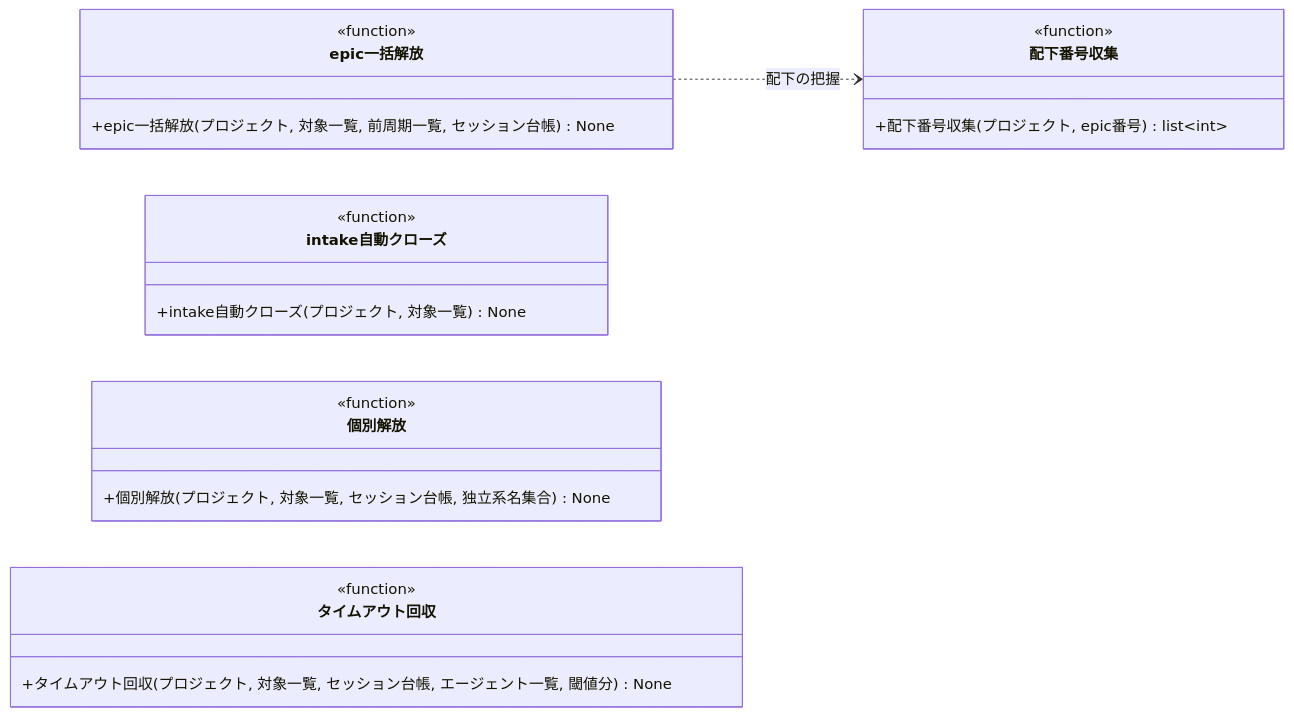
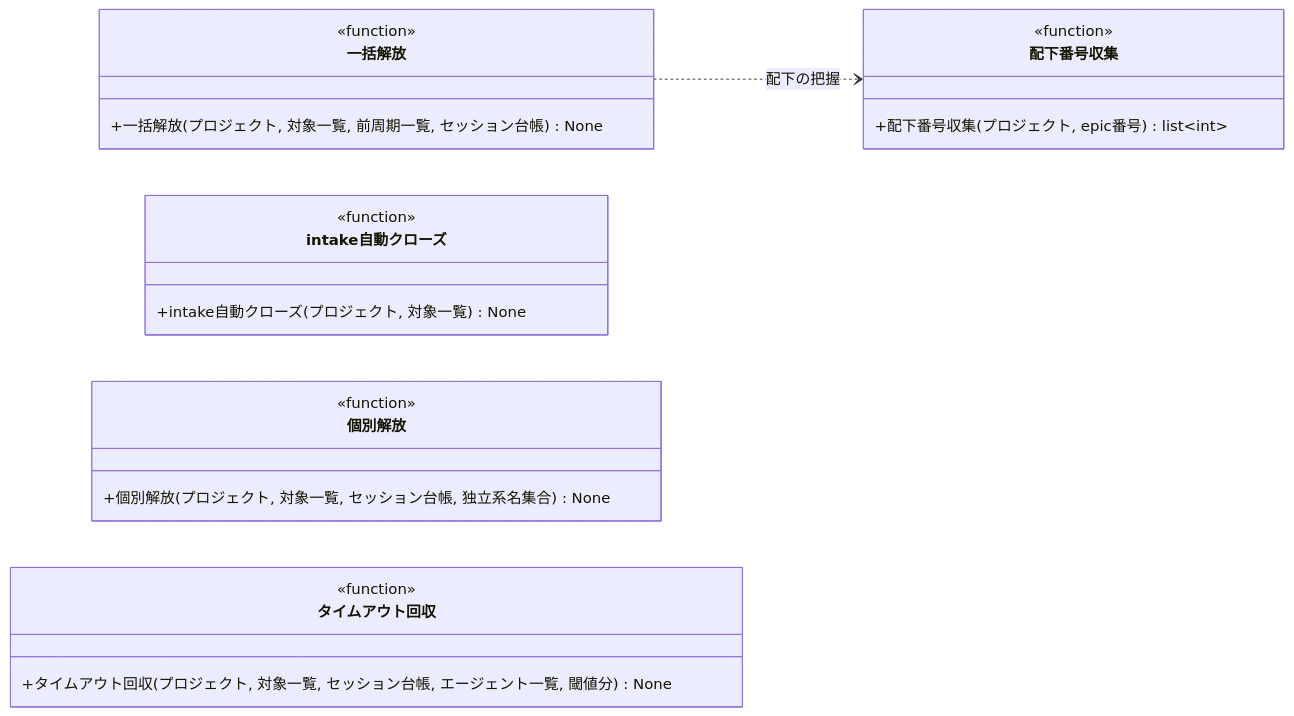
The diagram in docs/wiki/設計図/モジュール構成/モニター/クリーンアップ.py.md (shuhei1101/ai-monitor), drawn with Mermaid before and after one commit. The commit also changed other lines of this file and 35 other files, not shown here.

````diff
--- a/docs/wiki/設計図/モジュール構成/モニター/クリーンアップ.py.md
+++ b/docs/wiki/設計図/モジュール構成/モニター/クリーンアップ.py.md
@@ -30,32 +31,32 @@
 ```mermaid
 classDiagram
   direction LR
-  epic一括解放 ..> 配下番号収集 : 配下の把握
+  一括解放 ..> 配下番号収集 : 配下の把握
 
   class intake自動クローズ {
     <<function>>
     +intake自動クローズ(プロジェクト, 対象一覧) None
   }
-  class epic一括解放 {
+  class 一括解放 {
     <<function>>
-    +epic一括解放(プロジェクト, 対象一覧, 前周期一覧, セッション台帳) None
+    +一括解放(プロジェクト, 対象一覧, 前周期一覧, セッション台帳) None
   }
   class 配下番号収集 {
     <<function>>
     +配下番号収集(プロジェクト, epic番号) list~int~
   }
   class 個別解放 {
     <<function>>
     +個別解放(プロジェクト, 対象一覧, セッション台帳, 独立系名集合) None
   }
   class タイムアウト回収 {
     <<function>>
     +タイムアウト回収(プロジェクト, 対象一覧, セッション台帳, エージェント一覧, 閾値分) None
   }
 
   click intake自動クローズ href "#intake-自動クローズ"
-  click epic一括解放 href "#epic-一括解放"
+  click 一括解放 href "#一括解放"
   click 配下番号収集 href "#配下番号収集"
   click 個別解放 href "#個別解放"
   click タイムアウト回収 href "#タイムアウト回収"
 ```
````
